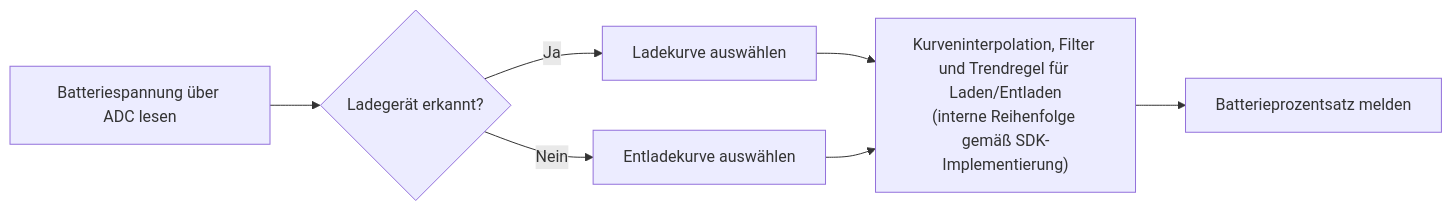
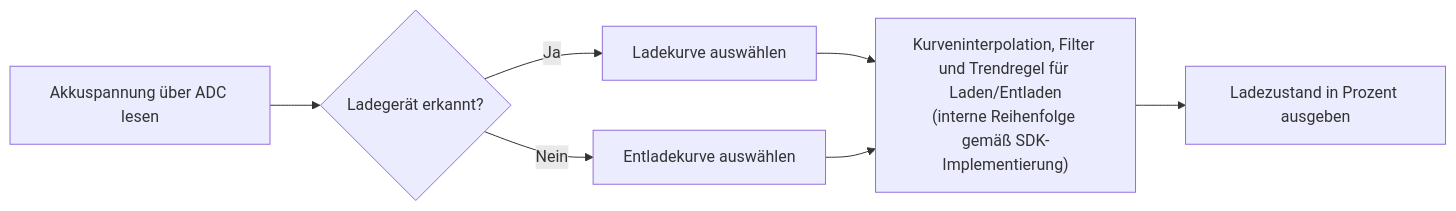
One commit to uForge-io/uforge-site changed the diagram in docs_de/learn/low-power/battery-capacity-calculation.md. Above: the diagram before and after it, drawn with Mermaid. The commit also changed other lines of this file and 1299 other files, not shown here.

````diff
--- a/docs_de/learn/low-power/battery-capacity-calculation.md
+++ b/docs_de/learn/low-power/battery-capacity-calculation.md
@@ -34,9 +34,9 @@
 ```mermaid
 flowchart LR
-    A["Batteriespannung über ADC lesen"] --> B{"Ladegerät erkannt?"}
+    A["Akkuspannung über ADC lesen"] --> B{"Ladegerät erkannt?"}
     B -->|"Ja"| C["Ladekurve auswählen"]
     B -->|"Nein"| D["Entladekurve auswählen"]
     C --> F["Kurveninterpolation, Filter und Trendregel für Laden/Entladen<br/>(interne Reihenfolge gemäß SDK-Implementierung)"]
     D --> F
-    F --> G["Batterieprozentsatz melden"]
+    F --> G["Ladezustand in Prozent ausgeben"]
 ```
````
